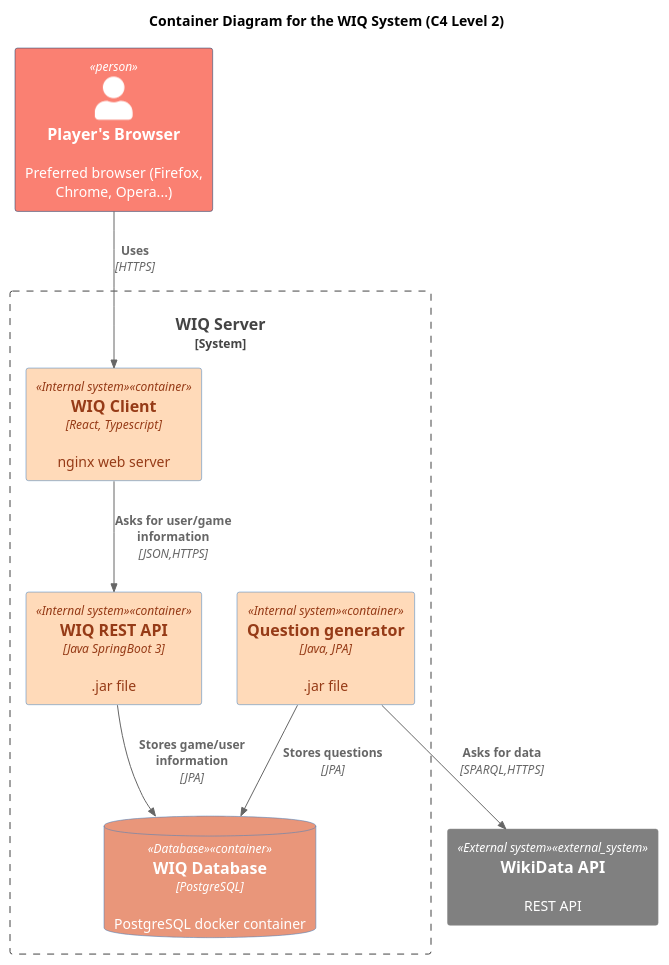
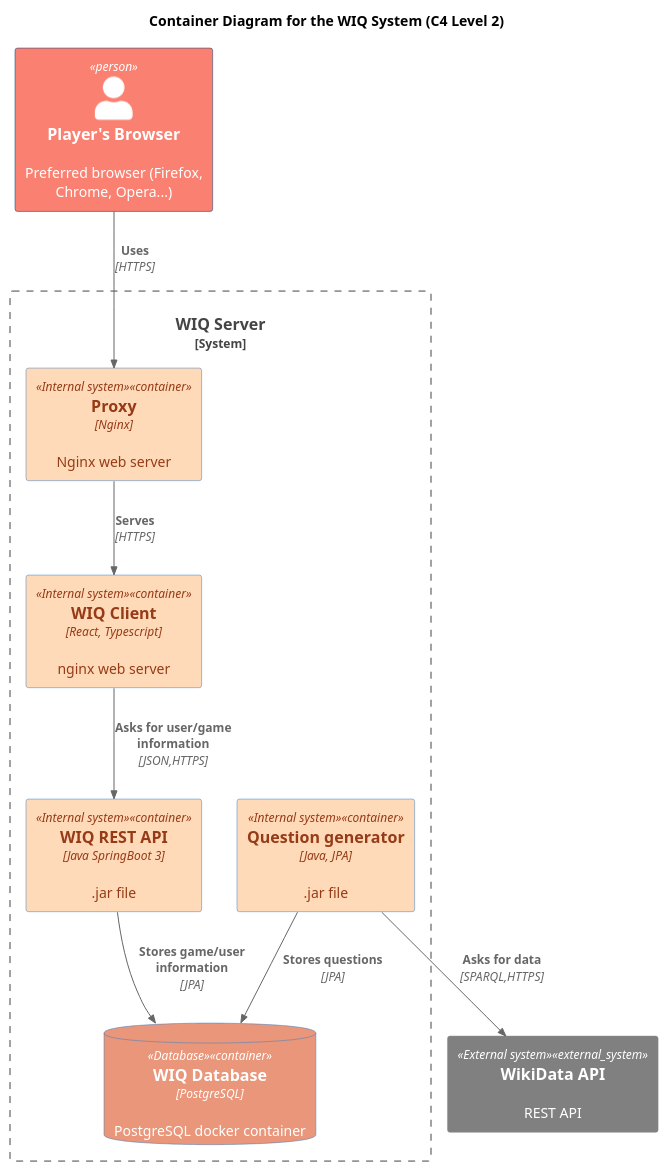
The diagram in docs/diagrams/c4/C4-Level2.puml (Arquisoft/wiq_en2b), drawn with PlantUML before and after one commit.

Commit message:
docs: added proxy

```diff
--- a/docs/diagrams/c4/C4-Level2.puml
+++ b/docs/diagrams/c4/C4-Level2.puml
@@ -1,29 +1,31 @@
 @startuml
 !includeurl https://raw.githubusercontent.com/RicardoNiepel/C4-PlantUML/master/C4_Container.puml
 !include <c4/C4_Context.puml>
 
 title Container Diagram for the WIQ System (C4 Level 2)
 AddElementTag("Person", $bgColor="#salmon", $fontColor="#white")
 AddElementTag("Internal system", $bgColor="#peachpuff", $fontColor="#963b17")
 AddElementTag("External system", $bgColor="#gray", $fontColor="#white")
 AddElementTag("Database", $bgColor="#darksalmon", $fontColor="#white")
 'Containers
 Person(player, Player's Browser,"Preferred browser (Firefox, Chrome, Opera...)")
 
 System_Boundary(wiq,"WIQ Server"){
+    Container(proxy,"Proxy","Nginx","Nginx web server", $tags="Internal system")
     Container(web_app, "WIQ Client", "React, Typescript", "nginx web server", $tags="Internal system")
     Container(backend_api, "WIQ REST API","Java SpringBoot 3",".jar file", $tags="Internal system")
     Container(question_generator,"Question generator","Java, JPA",".jar file",$tags="Internal system")
     ContainerDb(database,"WIQ Database","PostgreSQL","PostgreSQL docker container", $tags="Database")
 }
 System_Ext(wikidata,"WikiData API","REST API", $tags="External system")
 
 'RELATIONS
-Rel(player,web_app,"Uses","HTTPS")
+Rel(player,proxy,"Uses","HTTPS")
+Rel(proxy,web_app,"Serves","HTTPS")
 Rel(question_generator,wikidata,"Asks for data","SPARQL,HTTPS")
 Rel(web_app,backend_api,"Asks for user/game information","JSON,HTTPS")
 Rel(question_generator, database,"Stores questions ","JPA")
 Rel(backend_api,database,"Stores game/user information","JPA")
 
 
 @enduml
```
